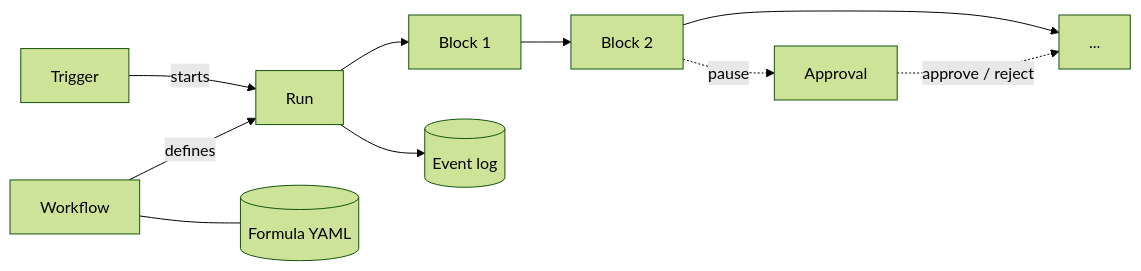
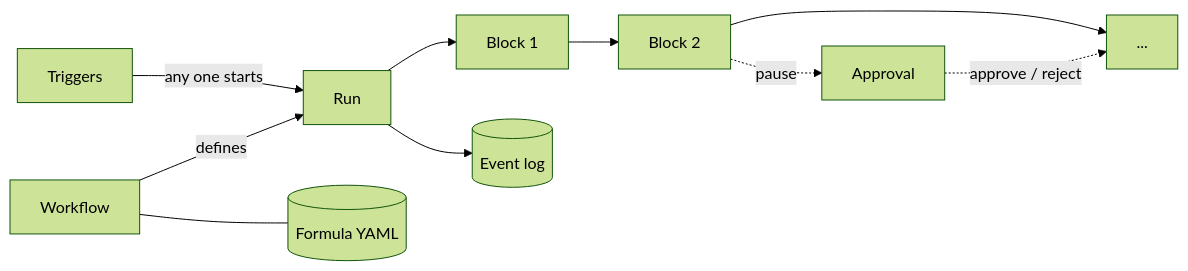
The first of 2 diagrams in docs/SPEC.md (murilopereirame/automatic-system), drawn with Mermaid (forest theme) before and after one commit. The commit also changed other lines of this file and 35 other files, not shown here.

````diff
--- a/docs/SPEC.md
+++ b/docs/SPEC.md
@@ -24,10 +24,10 @@
 ```mermaid
 flowchart LR
-    T[Trigger] -->|starts| R[Run]
+    T[Triggers] -->|any one starts| R[Run]
     W[Workflow] -->|defines| R
     W --- F[(Formula YAML)]
     R --> S1[Block 1] --> S2[Block 2] --> S3[...]
     S2 -.->|pause| A[Approval]
     A -.->|approve / reject| S3
     R --> E[(Event log)]
 ```
````
